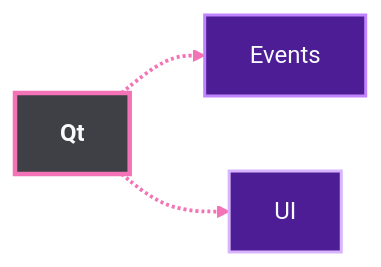
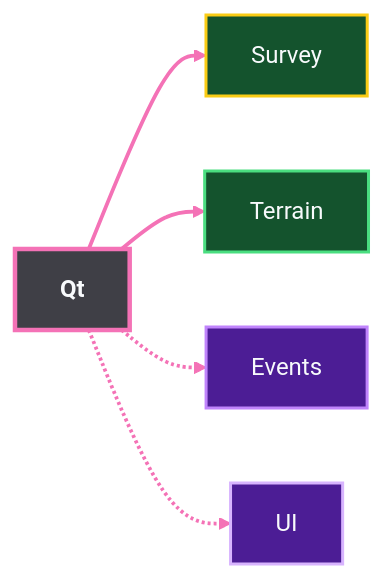
Diagram 18 of 42 in docs/architecture/system-dependencies.md (chetjones003/GoSurvey), drawn with Mermaid (neutral theme) before and after one commit. The commit also changed other lines of this file and 2 other files, not shown here.

Commit message:
fix(architecture): align dependency diagrams with system map

````diff
--- a/docs/architecture/system-dependencies.md
+++ b/docs/architecture/system-dependencies.md
@@ -480,13 +484,21 @@
 ```mermaid
 flowchart LR
   pqt__src["<b>Qt</b>"]
+  pqt__survey["Survey"]
+  pqt__terrain["Terrain"]
   pqt__events["Events"]
   pqt__ui["UI"]
+  pqt__src --> pqt__survey
+  pqt__src --> pqt__terrain
   pqt__src -.-> pqt__events
   pqt__src -.-> pqt__ui
   style pqt__src fill:#3f3f46,stroke:#f472b6,stroke-width:3px,color:#f8fafc
+  style pqt__survey fill:#14532d,stroke:#facc15,stroke-width:2px,color:#f8fafc
+  style pqt__terrain fill:#14532d,stroke:#4ade80,stroke-width:2px,color:#f8fafc
   style pqt__events fill:#4c1d95,stroke:#c084fc,stroke-width:2px,color:#f8fafc
   style pqt__ui fill:#4c1d95,stroke:#d8b4fe,stroke-width:2px,color:#f8fafc
   linkStyle 0 stroke:#f472b6,stroke-width:2.5px
   linkStyle 1 stroke:#f472b6,stroke-width:2.5px
+  linkStyle 2 stroke:#f472b6,stroke-width:2.5px
+  linkStyle 3 stroke:#f472b6,stroke-width:2.5px
 ```
````
